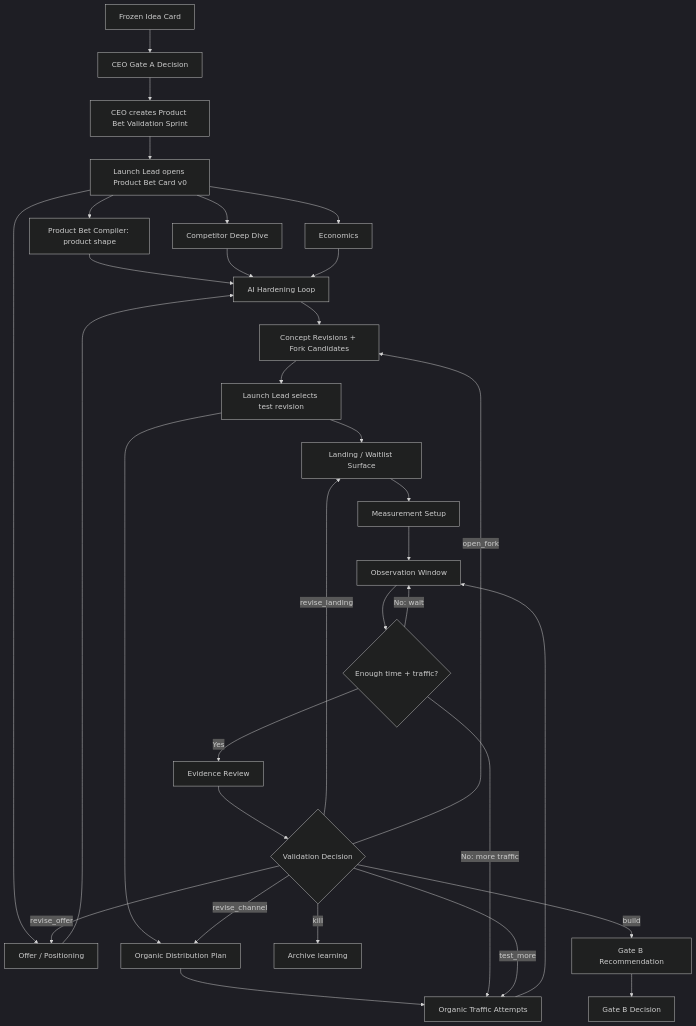
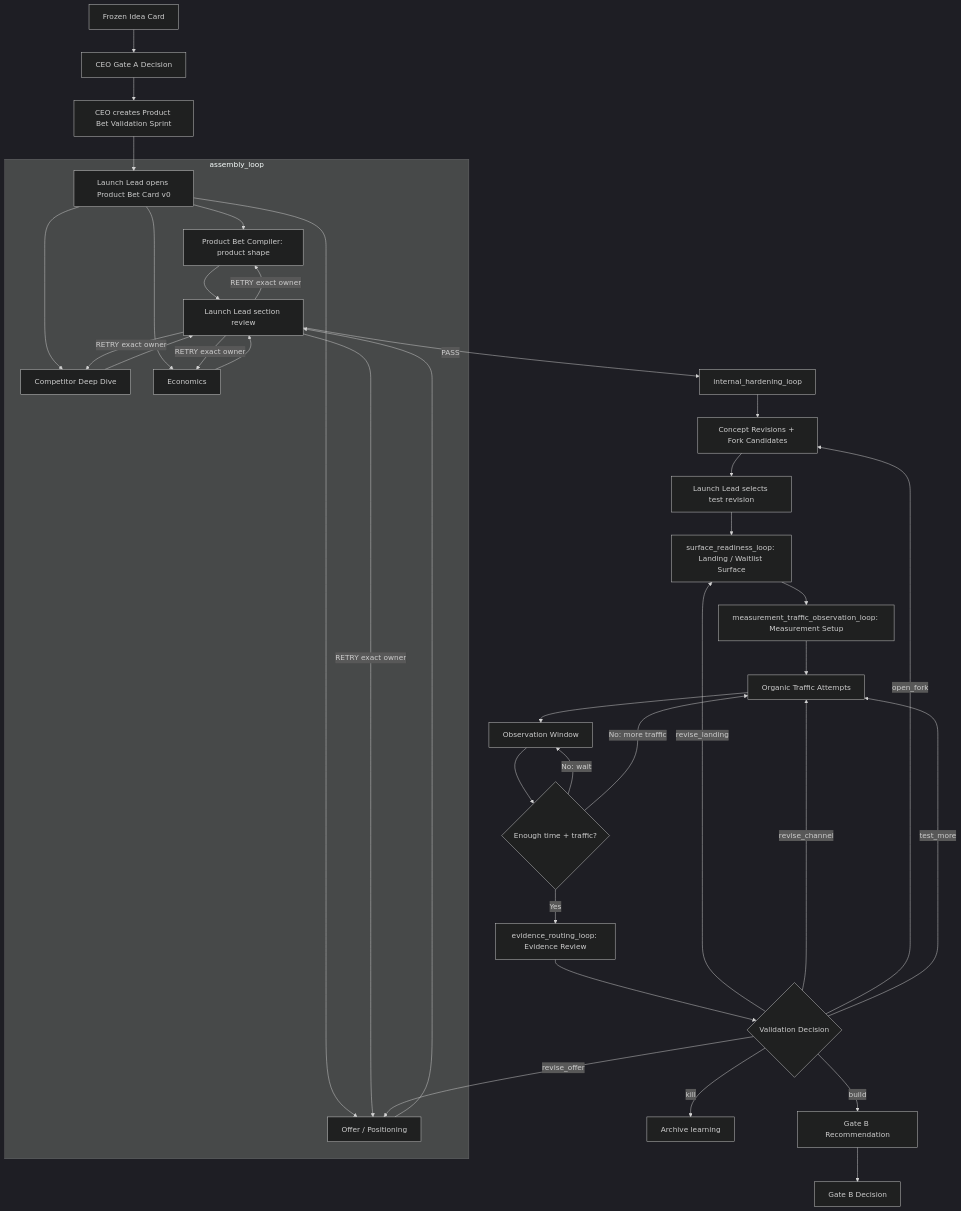
The second of 3 diagrams in docs/product-bets/automation-map.md (Vladick-Pick/Nohum-studio), drawn with Mermaid (dark theme) before and after one commit. The commit also changed other lines of this file and 11 other files, not shown here.

Commit message:
Enforce Product Bet nested loop gates

````diff
--- a/docs/product-bets/automation-map.md
+++ b/docs/product-bets/automation-map.md
@@ -47,35 +47,42 @@
 ```mermaid
 flowchart TD
   A["Frozen Idea Card"] --> B["CEO Gate A Decision"]
   B --> C["CEO creates Product Bet Validation Sprint"]
   C --> D["Launch Lead opens Product Bet Card v0"]
-  D --> E["Product Bet Compiler: product shape"]
-  D --> F["Competitor Deep Dive"]
-  D --> G["Economics"]
-  D --> H["Offer / Positioning"]
-  E --> I["AI Hardening Loop"]
-  F --> I
-  G --> I
-  H --> I
+
+  subgraph L1["assembly_loop"]
+    D --> E["Product Bet Compiler: product shape"]
+    D --> F["Competitor Deep Dive"]
+    D --> G["Economics"]
+    D --> H["Offer / Positioning"]
+    E --> R1["Launch Lead section review"]
+    F --> R1
+    G --> R1
+    H --> R1
+    R1 -->|"RETRY exact owner"| E
+    R1 -->|"RETRY exact owner"| F
+    R1 -->|"RETRY exact owner"| G
+    R1 -->|"RETRY exact owner"| H
+  end
+
+  R1 -->|"PASS"| I["internal_hardening_loop"]
   I --> J["Concept Revisions + Fork Candidates"]
   J --> K["Launch Lead selects test revision"]
-  K --> L["Landing / Waitlist Surface"]
-  K --> M["Organic Distribution Plan"]
-  L --> N["Measurement Setup"]
-  M --> O["Organic Traffic Attempts"]
-  N --> P["Observation Window"]
-  O --> P
+  K --> L["surface_readiness_loop: Landing / Waitlist Surface"]
+  L --> N["measurement_traffic_observation_loop: Measurement Setup"]
+  N --> O["Organic Traffic Attempts"]
+  O --> P["Observation Window"]
   P --> Q{"Enough time + traffic?"}
   Q -->|"No: wait"| P
   Q -->|"No: more traffic"| O
-  Q -->|"Yes"| R["Evidence Review"]
+  Q -->|"Yes"| R["evidence_routing_loop: Evidence Review"]
   R --> S{"Validation Decision"}
   S -->|"revise_offer"| H
   S -->|"revise_landing"| L
-  S -->|"revise_channel"| M
+  S -->|"revise_channel"| O
   S -->|"open_fork"| J
   S -->|"test_more"| O
   S -->|"kill"| T["Archive learning"]
   S -->|"build"| U["Gate B Recommendation"]
   U --> V["Gate B Decision"]
 ```
````
